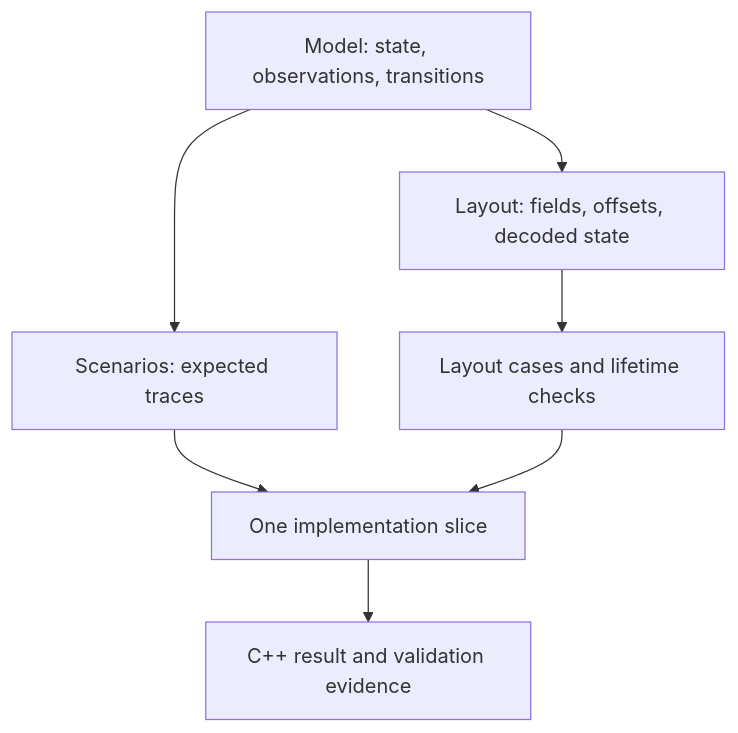
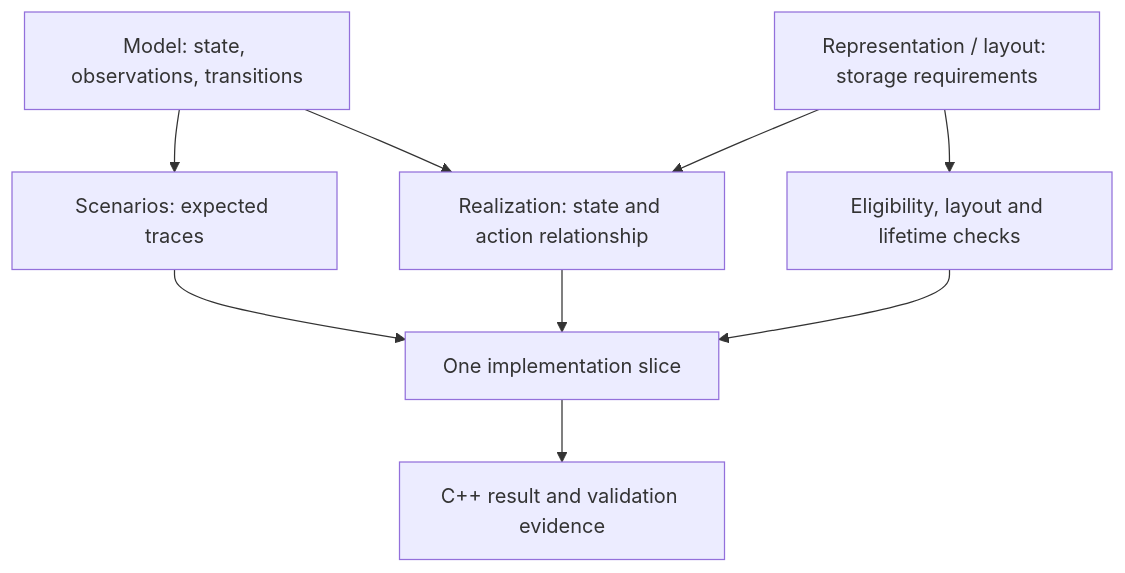
One commit to hhenson/hgraph changed the first of 6 diagrams in language/runtime-spec/notation/README.md. Above: the diagram before and after it, drawn with Mermaid. The commit also changed other lines of this file and 9 other files, not shown here.

````diff
--- a/language/runtime-spec/notation/README.md
+++ b/language/runtime-spec/notation/README.md
@@ -14,9 +17,11 @@
 ```mermaid
 flowchart TB
     Meaning["Model: state, observations, transitions"] --> Cases["Scenarios: expected traces"]
-    Meaning --> Mapping["Layout: fields, offsets, decoded state"]
-    Mapping --> Checks["Layout cases and lifetime checks"]
-    Cases --> Slice["One implementation slice"]
+    Meaning --> Mapping["Realization: state and action relationship"]
+    Storage["Representation / layout: storage requirements"] --> Mapping
+    Storage --> Checks["Eligibility, layout and lifetime checks"]
+    Mapping --> Slice["One implementation slice"]
+    Cases --> Slice
     Checks --> Slice
     Slice --> Evidence["C++ result and validation evidence"]
 ```
````
